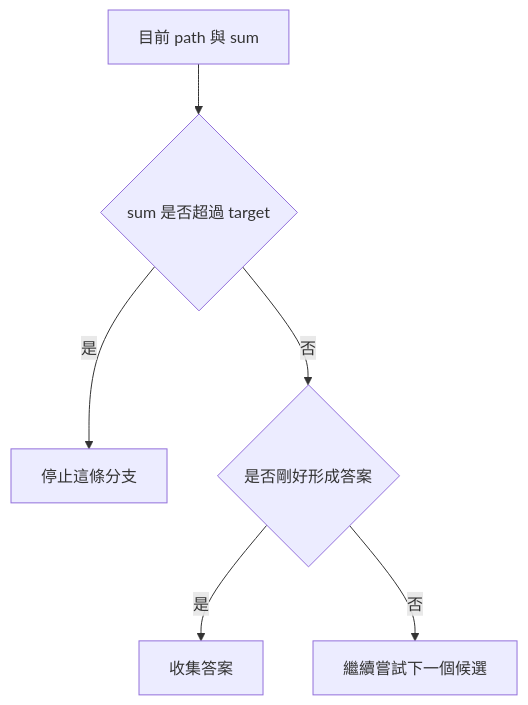
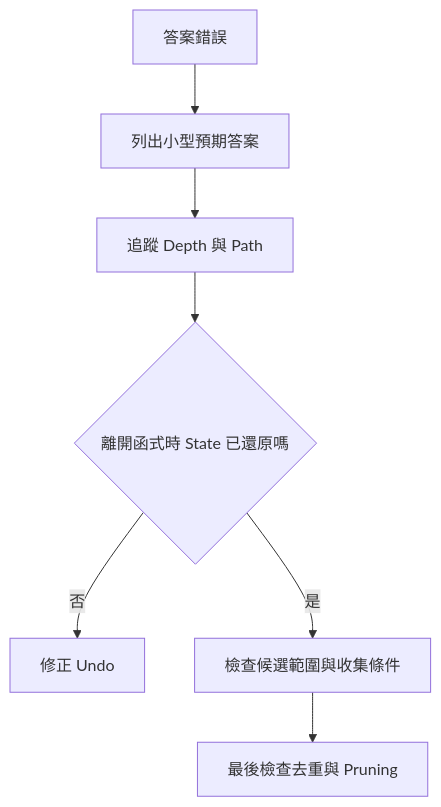
Before and after one commit to davidchen0970/algorithm_note: the third of 3 diagrams in 05_recursion_backtracking/22_backtracking.md, drawn with Mermaid. The commit also changed other lines of this file, not shown here.

````diff
--- a/05_recursion_backtracking/22_backtracking.md
+++ b/05_recursion_backtracking/22_backtracking.md
@@ -736,8 +745,9 @@
 ```mermaid
 flowchart TD
-    A["目前 path 與 sum"] --> B{"sum 是否超過 target"}
-    B -->|是| C["停止這條分支"]
-    B -->|否| D{"是否剛好形成答案"}
-    D -->|是| E["收集答案"]
-    D -->|否| F["繼續嘗試下一個候選"]
+    A["答案錯誤"] --> B["列出小型預期答案"]
+    B --> C["追蹤 Depth 與 Path"]
+    C --> D{"離開函式時 State 已還原嗎"}
+    D -->|否| E["修正 Undo"]
+    D -->|是| F["檢查候選範圍與收集條件"]
+    F --> G["最後檢查去重與 Pruning"]
 ```
````
